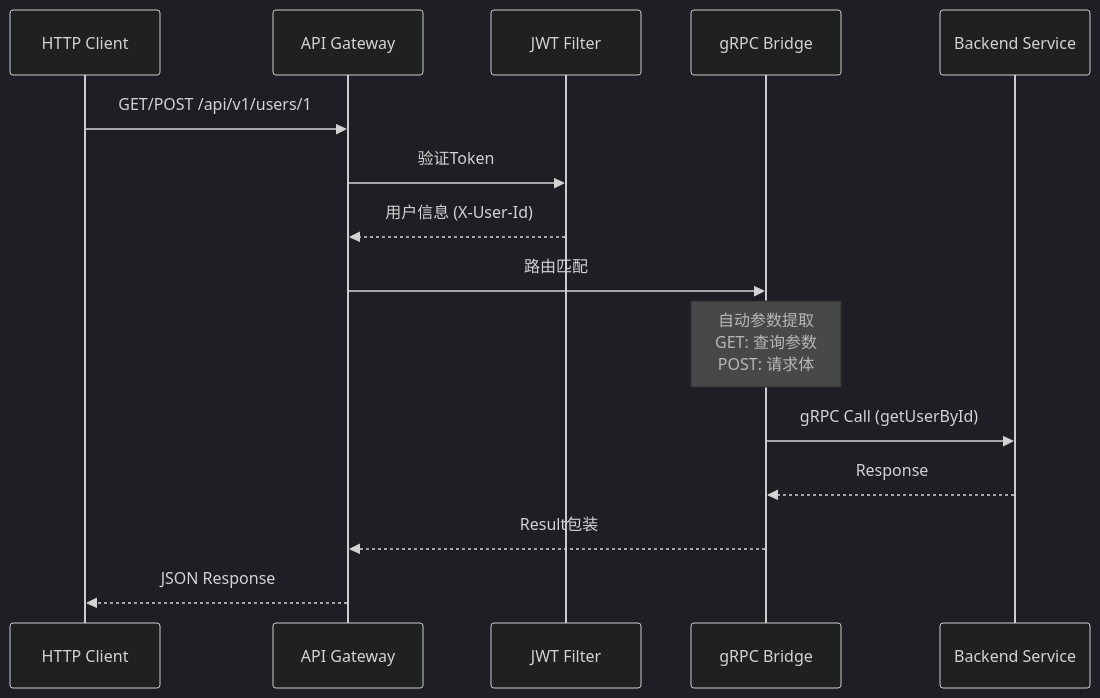
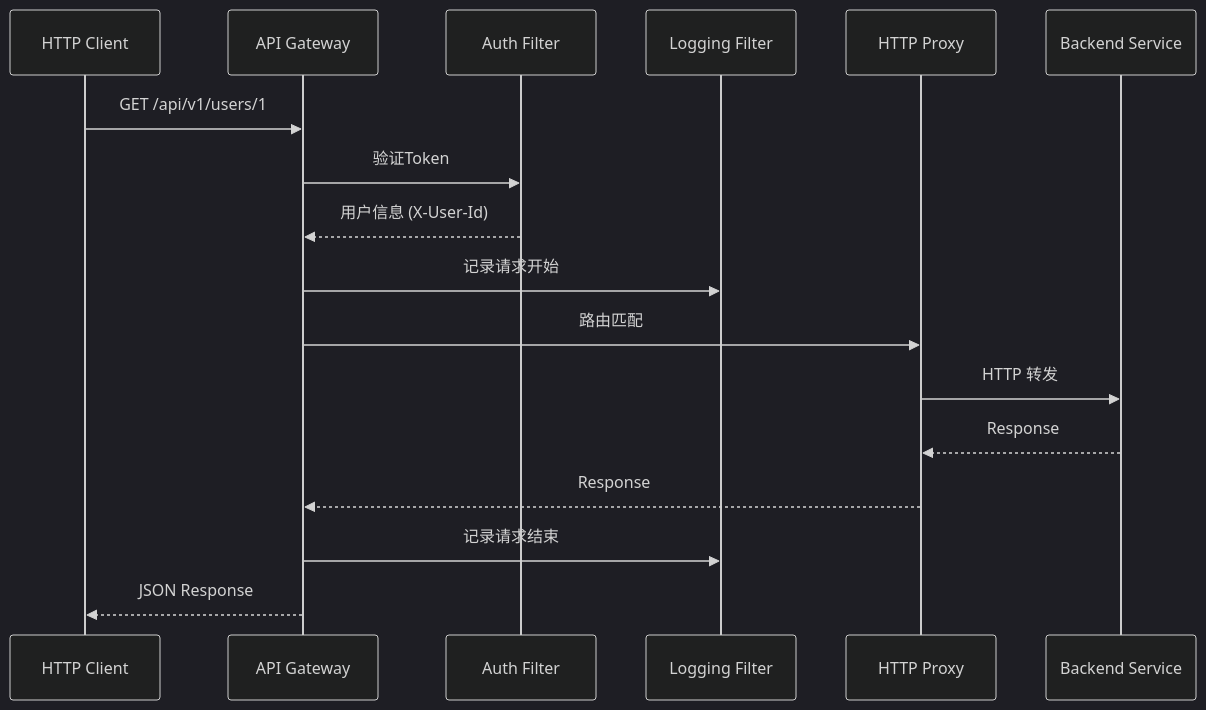
The diagram in starter/nebula-starter-gateway/README.md (gOODiDEA2002/nebula), drawn with Mermaid (dark theme) before and after one commit. The commit also changed other lines of this file and 23 other files, not shown here.

````diff
--- a/starter/nebula-starter-gateway/README.md
+++ b/starter/nebula-starter-gateway/README.md
@@ -320,18 +214,20 @@
 ```mermaid
 sequenceDiagram
     participant Client as HTTP Client
     participant GW as API Gateway
-    participant JWT as JWT Filter
-    participant GRPC as gRPC Bridge
+    participant Auth as Auth Filter
+    participant Log as Logging Filter
+    participant Proxy as HTTP Proxy
     participant SVC as Backend Service
     
-    Client->>GW: GET/POST /api/v1/users/1
-    GW->>JWT: 验证Token
-    JWT-->>GW: 用户信息 (X-User-Id)
-    GW->>GRPC: 路由匹配
-    Note over GRPC: 自动参数提取<br/>GET: 查询参数<br/>POST: 请求体
-    GRPC->>SVC: gRPC Call (getUserById)
-    SVC-->>GRPC: Response
-    GRPC-->>GW: Result包装
+    Client->>GW: GET /api/v1/users/1
+    GW->>Auth: 验证Token
+    Auth-->>GW: 用户信息 (X-User-Id)
+    GW->>Log: 记录请求开始
+    GW->>Proxy: 路由匹配
+    Proxy->>SVC: HTTP 转发
+    SVC-->>Proxy: Response
+    Proxy-->>GW: Response
+    GW->>Log: 记录请求结束
     GW-->>Client: JSON Response
 ```
````
